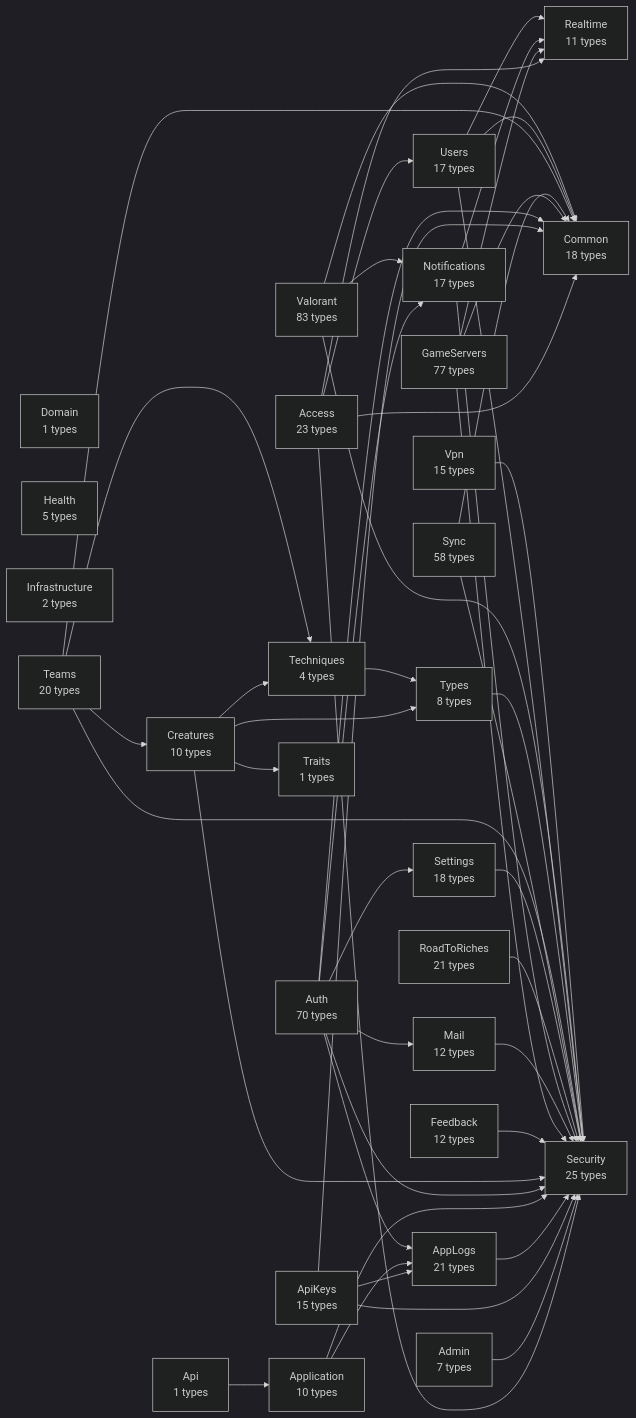
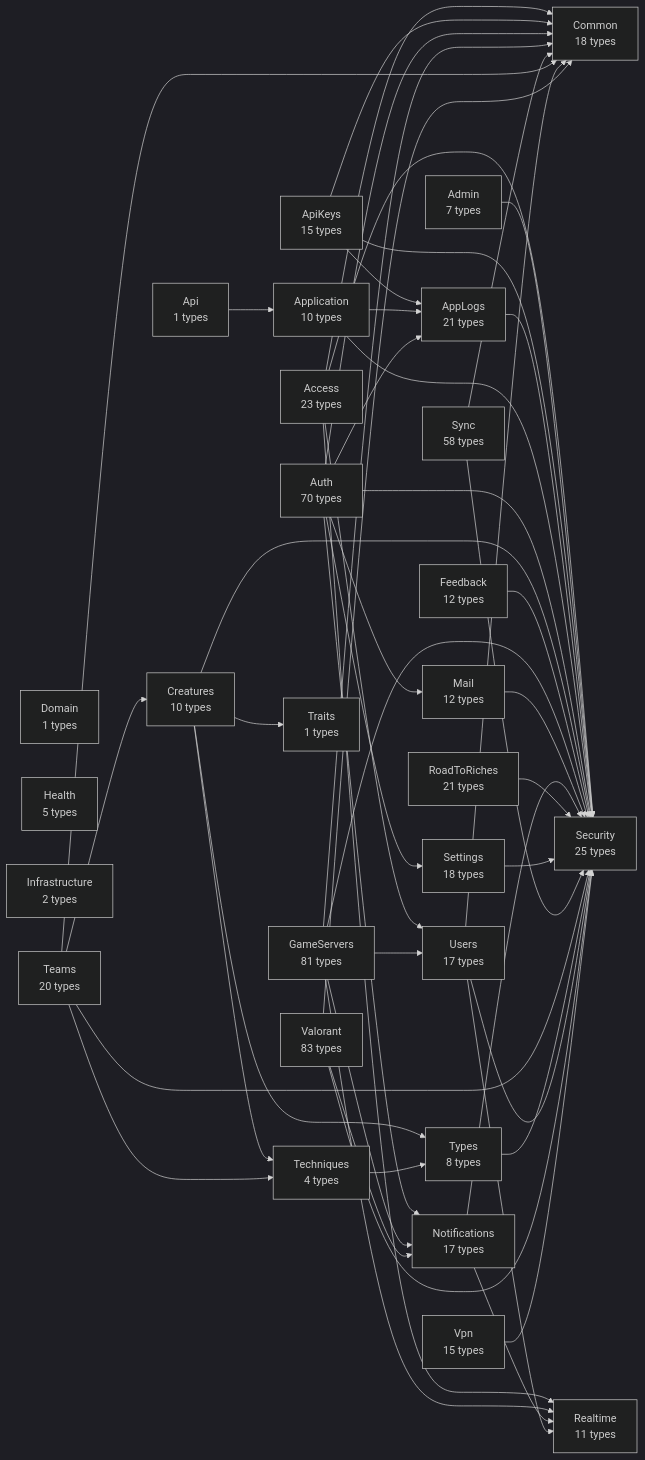
Before and after one commit to huiitre/Tools-app: the diagram in api/docs/diagrams/00-modules.md, drawn with Mermaid (dark theme). The commit also changed 18 other files, not shown here.

````diff
--- a/api/docs/diagrams/00-modules.md
+++ b/api/docs/diagrams/00-modules.md
@@ -5,77 +5,79 @@
 ```mermaid
 flowchart LR
   Access["Access<br/>23 types"]
   Admin["Admin<br/>7 types"]
   Api["Api<br/>1 types"]
   ApiKeys["ApiKeys<br/>15 types"]
   AppLogs["AppLogs<br/>21 types"]
   Application["Application<br/>10 types"]
   Auth["Auth<br/>70 types"]
   Common["Common<br/>18 types"]
   Creatures["Creatures<br/>10 types"]
   Domain["Domain<br/>1 types"]
   Feedback["Feedback<br/>12 types"]
-  GameServers["GameServers<br/>77 types"]
+  GameServers["GameServers<br/>81 types"]
   Health["Health<br/>5 types"]
   Infrastructure["Infrastructure<br/>2 types"]
   Mail["Mail<br/>12 types"]
   Notifications["Notifications<br/>17 types"]
   Realtime["Realtime<br/>11 types"]
   RoadToRiches["RoadToRiches<br/>21 types"]
   Security["Security<br/>25 types"]
   Settings["Settings<br/>18 types"]
   Sync["Sync<br/>58 types"]
   Teams["Teams<br/>20 types"]
   Techniques["Techniques<br/>4 types"]
   Traits["Traits<br/>1 types"]
   Types["Types<br/>8 types"]
   Users["Users<br/>17 types"]
   Valorant["Valorant<br/>83 types"]
   Vpn["Vpn<br/>15 types"]
   Access --> Common
   Access --> Realtime
   Access --> Security
   Access --> Users
   Admin --> Security
   Api --> Application
   ApiKeys --> AppLogs
   ApiKeys --> Common
   ApiKeys --> Security
   AppLogs --> Security
   Application --> AppLogs
   Application --> Security
   Auth --> AppLogs
   Auth --> Common
   Auth --> Mail
   Auth --> Notifications
   Auth --> Security
   Auth --> Settings
   Creatures --> Security
   Creatures --> Techniques
   Creatures --> Traits
   Creatures --> Types
   Feedback --> Security
   GameServers --> Common
+  GameServers --> Notifications
   GameServers --> Realtime
   GameServers --> Security
+  GameServers --> Users
   Mail --> Security
   Notifications --> Realtime
   Notifications --> Security
   RoadToRiches --> Security
   Settings --> Security
   Sync --> Common
   Sync --> Security
   Teams --> Common
   Teams --> Creatures
   Teams --> Security
   Teams --> Techniques
   Techniques --> Types
   Types --> Security
   Users --> Common
   Users --> Realtime
   Users --> Security
   Valorant --> Common
   Valorant --> Notifications
   Valorant --> Security
   Vpn --> Security
 ```
````
